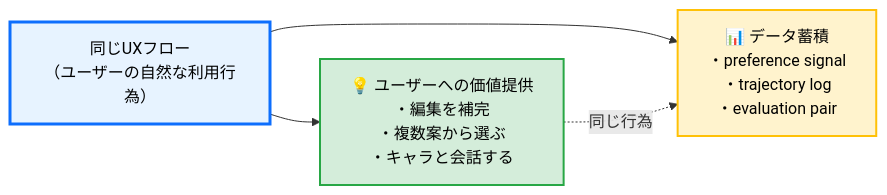
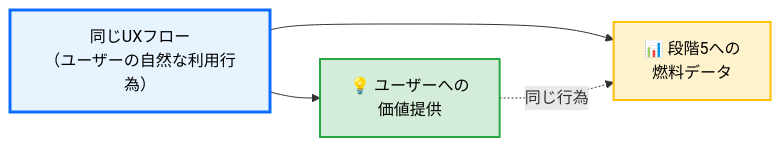
Before and after one commit to rkawajiri/tech-slides: the diagram in 2026-05-01/diagrams/dual-purpose.mmd, drawn with Mermaid. The commit also changed 2 other files, not shown here.

Commit message:
Split checklist slide and simplify dual-purpose diagram
Original slide 15 packed the dual-purpose diagram (as bg-right at 30%
width) and the checklist together, making the diagram unreadable and
its connection to the checklist unclear.

Now split into two slides:
- Slide 15 "段階3の核 — 二重目的設計": the diagram at full width with
  a one-line explanation, framing the principle behind the checklist.
- Slide 16 "段階3設計チェックリスト": full-width checklist, with the
  first 機能設計 bullets serving as concrete diagnostic questions for
  the dual-purpose principle.

Diagram simplified to abstract concepts only (UX flow -> value /
fuel data); concrete examples removed since the slide text covers
them and a busier diagram was harder to read.

```diff
--- a/2026-05-01/diagrams/dual-purpose.mmd
+++ b/2026-05-01/diagrams/dual-purpose.mmd
@@ -1,15 +1,15 @@
 flowchart LR
   UX["同じUXフロー<br/>（ユーザーの自然な利用行為）"]
 
-  VAL["💡 ユーザーへの価値提供<br/>・編集を補完<br/>・複数案から選ぶ<br/>・キャラと会話する"]
+  VAL["💡 ユーザーへの<br/>価値提供"]
 
-  DATA["📊 データ蓄積<br/>・preference signal<br/>・trajectory log<br/>・evaluation pair"]
+  DATA["📊 段階5への<br/>燃料データ"]
 
   UX --> VAL
   UX --> DATA
 
   VAL -.同じ行為.-> DATA
 
   style UX fill:#e7f3ff,stroke:#0d6efd,stroke-width:3px,color:#000
   style VAL fill:#d4edda,stroke:#28a745,stroke-width:2px,color:#000
   style DATA fill:#fff3cd,stroke:#ffc107,stroke-width:2px,color:#000
```
